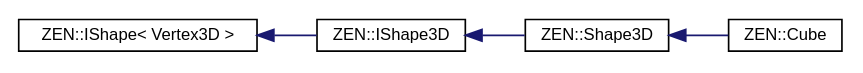
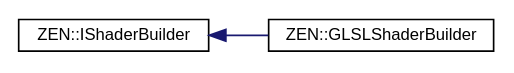
One commit to markhj/zeronetics changed the diagram in inherit_graph_20.dot. Above: the diagram before and after it, drawn with Graphviz. The commit also changed 249 other files, not shown here.

```diff
--- a/inherit_graph_20.dot
+++ b/inherit_graph_20.dot
@@ -1,14 +1,10 @@
 digraph "Graphical Class Hierarchy"
 {
  // LATEX_PDF_SIZE
   edge [fontname="Helvetica",fontsize="10",labelfontname="Helvetica",labelfontsize="10"];
   node [fontname="Helvetica",fontsize="10",shape=record];
   rankdir="LR";
-  Node0 [label="ZEN::IShape\< Vertex3D \>",height=0.2,width=0.4,color="black", fillcolor="white", style="filled",URL="$classZEN_1_1IShape.html",tooltip=" "];
+  Node0 [label="ZEN::IShaderBuilder",height=0.2,width=0.4,color="black", fillcolor="white", style="filled",URL="$classZEN_1_1IShaderBuilder.html",tooltip=" "];
   Node0 -> Node1 [dir="back",color="midnightblue",fontsize="10",style="solid",fontname="Helvetica"];
-  Node1 [label="ZEN::IShape3D",height=0.2,width=0.4,color="black", fillcolor="white", style="filled",URL="$classZEN_1_1IShape3D.html",tooltip=" "];
-  Node1 -> Node2 [dir="back",color="midnightblue",fontsize="10",style="solid",fontname="Helvetica"];
-  Node2 [label="ZEN::Shape3D",height=0.2,width=0.4,color="black", fillcolor="white", style="filled",URL="$classZEN_1_1Shape3D.html",tooltip=" "];
-  Node2 -> Node3 [dir="back",color="midnightblue",fontsize="10",style="solid",fontname="Helvetica"];
-  Node3 [label="ZEN::Cube",height=0.2,width=0.4,color="black", fillcolor="white", style="filled",URL="$classZEN_1_1Cube.html",tooltip=" "];
+  Node1 [label="ZEN::GLSLShaderBuilder",height=0.2,width=0.4,color="black", fillcolor="white", style="filled",URL="$classZEN_1_1GLSLShaderBuilder.html",tooltip=" "];
 }
```
